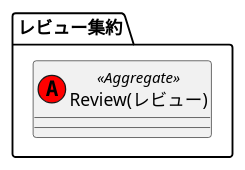
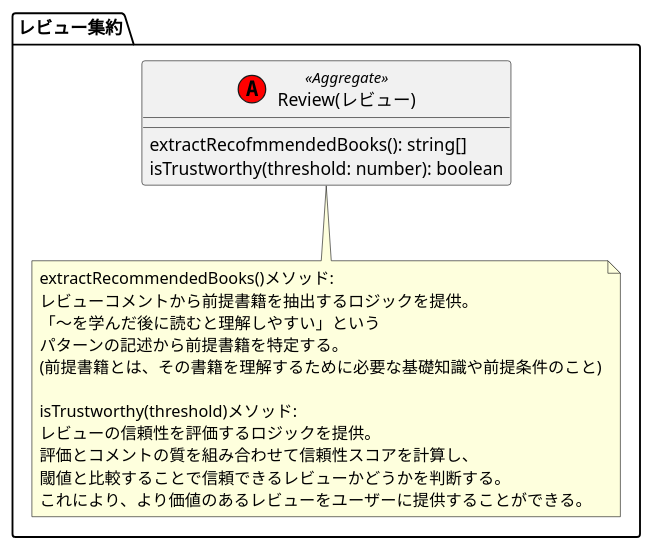
The diagram in CatalogService/Domain/models/Review/Review.pu (neko-no/ddd-typpescritp), drawn with PlantUML before and after one commit. The commit also changed 1 other file, not shown here.

Commit message:
feat: ビジネスルールの具体化

```diff
--- a/CatalogService/Domain/models/Review/Review.pu
+++ b/CatalogService/Domain/models/Review/Review.pu
@@ -1,4 +1,22 @@
 package "レビュー集約" {
     ' 1. 集約とポリシーの表現
-    class "Review(レビュー)" as Review << (A,red) Aggregate >> {}
+    class "Review(レビュー)" as Review << (A,red) Aggregate >> {
+        extractRecofmmendedBooks(): string[]
+        isTrustworthy(threshold: number): boolean
+    }
+
+    ' 2. ビジネスルールの具体化
+    note bottom of Review
+        extractRecommendedBooks()メソッド:
+        レビューコメントから前提書籍を抽出するロジックを提供。
+        「〜を学んだ後に読むと理解しやすい」という
+        パターンの記述から前提書籍を特定する。
+        (前提書籍とは、その書籍を理解するために必要な基礎知識や前提条件のこと)
+
+        isTrustworthy(threshold)メソッド:
+        レビューの信頼性を評価するロジックを提供。
+        評価とコメントの質を組み合わせて信頼性スコアを計算し、
+        閾値と比較することで信頼できるレビューかどうかを判断する。
+        これにより、より価値のあるレビューをユーザーに提供することができる。
+    end note
 }
```
